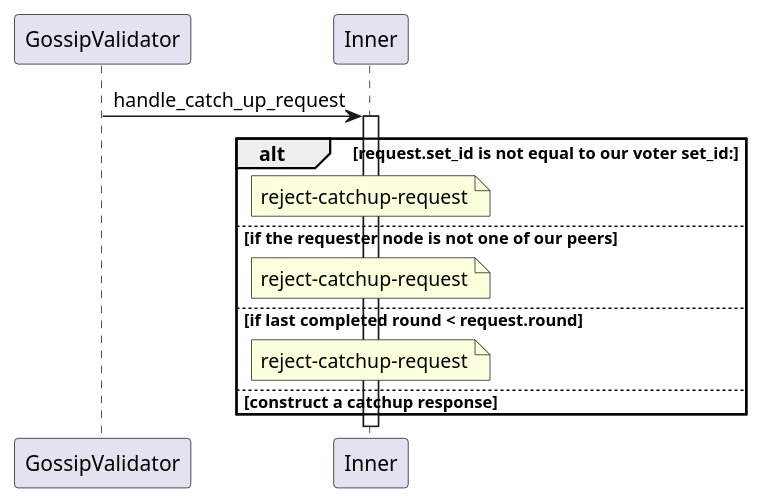
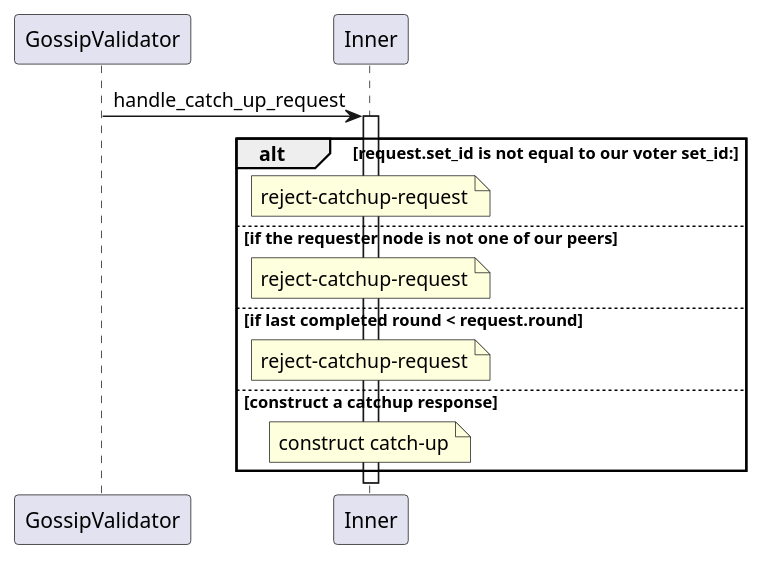
One commit to w3f/polkadot-spec changed the fourth of 4 diagrams in umls/grandpa-uml.org. Above: the diagram before and after it, drawn with PlantUML. The commit also changed 1 other file, not shown here.

Commit message:
Process-Catchup-Request Specced

```diff
--- a/umls/grandpa-uml.org
+++ b/umls/grandpa-uml.org
@@ -517,14 +517,15 @@
 #+begin_src plantuml :file grandpa_votes.png
 
 /'/////////// Process catchup request //////////'/
 /' finality-grandpa/src/communication/gossip.rs::handle_catch_up_request'/
 GossipValidator -> Inner ++ : handle_catch_up_request
   alt request.set_id is not equal to our voter set_id:
      note over Inner: reject-catchup-request
   else if the requester node is not one of our peers
      note over Inner: reject-catchup-request
   else if last completed round < request.round 
      note over Inner: reject-catchup-request
   else construct a catchup response
+     note over Inner: construct catch-up
   end /' verify the catchup is legit '/
 #+end_src
```
